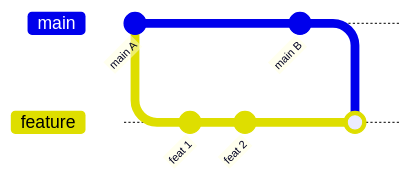
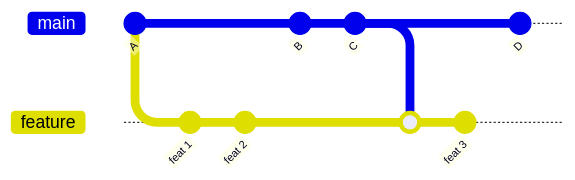
Before and after one commit to SamAbaasi/ticketing: the second of 3 diagrams in docs/GITRULLES.README.md, drawn with Mermaid. The commit also changed other lines of this file, not shown here.

````diff
--- a/docs/GITRULLES.README.md
+++ b/docs/GITRULLES.README.md
@@ -65,12 +65,15 @@
 ```mermaid
 gitGraph
-   commit id: "main A"
+   commit id: "A"
    branch feature
-   checkout feature
    commit id: "feat 1"
    commit id: "feat 2"
    checkout main
-   commit id: "main B"
+   commit id: "B"
+   commit id: "C"
    checkout feature
    merge main
+   commit id: "feat 3"
+   checkout main
+   commit id: "D"
 ```
````
